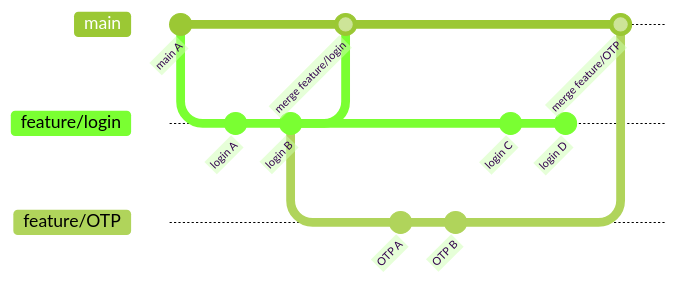
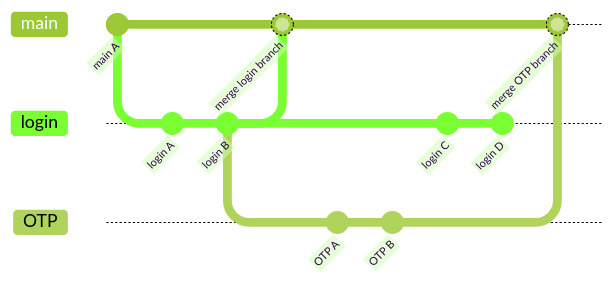
One commit to ZhenShuo2021/doc changed the diagram in docs/docs/01-git/01-preliminaries/01-basic-knowledge/index.md. Above: the diagram before and after it, drawn with Mermaid (forest theme). The commit also changed other lines of this file and 20 other files, not shown here.

````diff
--- a/docs/docs/01-git/01-preliminaries/01-basic-knowledge/index.md
+++ b/docs/docs/01-git/01-preliminaries/01-basic-knowledge/index.md
@@ -26,23 +32,23 @@
 ```mermaid
 gitGraph
   commit id: "main A"
   checkout main
-  branch feature/login
+  branch login
   commit id: "login A"
   commit id: "login B"
 
   checkout main
-  merge feature/login id: "merge feature/login"
+  merge login id: "merge login branch"
 
-  checkout feature/login
-  branch feature/OTP
+  checkout login
+  branch OTP
   commit id: "OTP A"
   commit id: "OTP B"
 
-  checkout feature/login
+  checkout login
   commit id: "login C"
   commit id: "login D"
 
   checkout main
-  merge feature/OTP id: "merge feature/OTP"
+  merge OTP id: "merge OTP branch"
 ```
````
